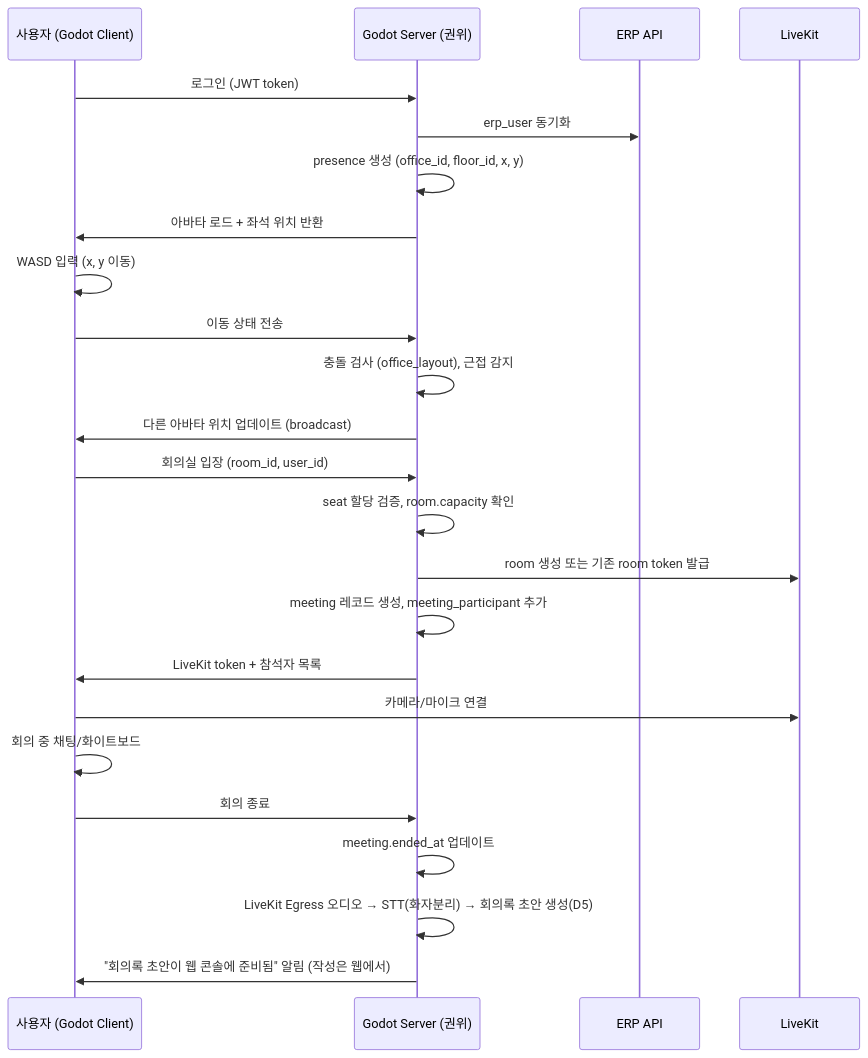
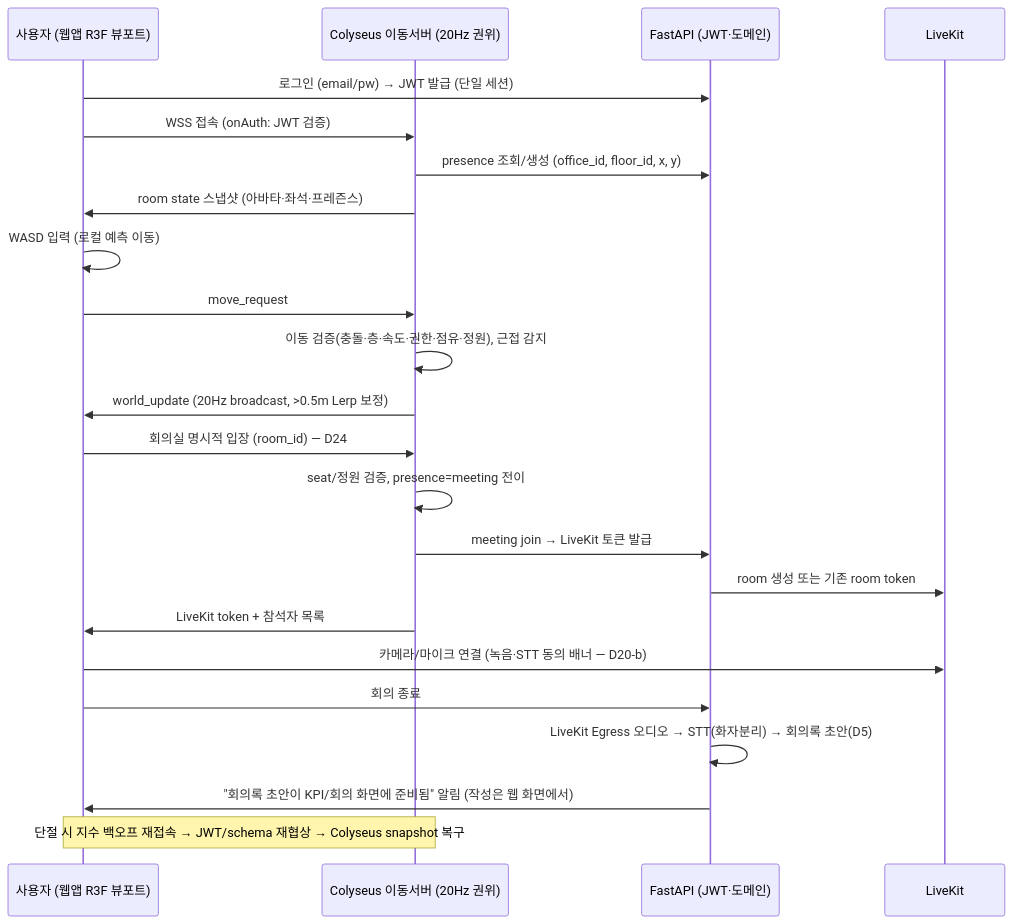
The first of 7 diagrams in docs/planning/06-screens.md (choiwjun/virtualoffice_new), drawn with Mermaid before and after one commit. The commit also changed other lines of this file and 739 other files, not shown here.

````diff
--- a/docs/planning/06-screens.md
+++ b/docs/planning/06-screens.md
@@ -107,30 +113,30 @@
 ```mermaid
 sequenceDiagram
-    participant User as 사용자 (Godot Client)
-    participant Server as Godot Server (권위)
-    participant ERP as ERP API
+    participant User as 사용자 (웹앱 R3F 뷰포트)
+    participant RT as Colyseus 이동서버 (20Hz 권위)
+    participant API as FastAPI (JWT·도메인)
     participant LiveKit as LiveKit
 
-    User->>Server: 로그인 (JWT token)
-    Server->>ERP: erp_user 동기화
-    Server->>Server: presence 생성 (office_id, floor_id, x, y)
-    Server->>User: 아바타 로드 + 좌석 위치 반환
+    User->>API: 로그인 (email/pw) → JWT 발급 (단일 세션)
+    User->>RT: WSS 접속 (onAuth: JWT 검증)
+    RT->>API: presence 조회/생성 (office_id, floor_id, x, y)
+    RT->>User: room state 스냅샷 (아바타·좌석·프레즌스)
 
-    User->>User: WASD 입력 (x, y 이동)
-    User->>Server: 이동 상태 전송
-    Server->>Server: 충돌 검사 (office_layout), 근접 감지
-    Server->>User: 다른 아바타 위치 업데이트 (broadcast)
+    User->>User: WASD 입력 (로컬 예측 이동)
+    User->>RT: move_request
+    RT->>RT: 이동 검증(충돌·층·속도·권한·점유·정원), 근접 감지
+    RT->>User: world_update (20Hz broadcast, >0.5m Lerp 보정)
 
-    User->>Server: 회의실 입장 (room_id, user_id)
-    Server->>Server: seat 할당 검증, room.capacity 확인
-    Server->>LiveKit: room 생성 또는 기존 room token 발급
-    Server->>Server: meeting 레코드 생성, meeting_participant 추가
-    Server->>User: LiveKit token + 참석자 목록
-    User->>LiveKit: 카메라/마이크 연결
+    User->>RT: 회의실 명시적 입장 (room_id) — D24
+    RT->>RT: seat/정원 검증, presence=meeting 전이
+    RT->>API: meeting join → LiveKit 토큰 발급
+    API->>LiveKit: room 생성 또는 기존 room token
+    RT->>User: LiveKit token + 참석자 목록
+    User->>LiveKit: 카메라/마이크 연결 (녹음·STT 동의 배너 — D20-b)
 
-    User->>User: 회의 중 채팅/화이트보드
-    User->>Server: 회의 종료
-    Server->>Server: meeting.ended_at 업데이트
-    Server->>Server: LiveKit Egress 오디오 → STT(화자분리) → 회의록 초안 생성(D5)
-    Server->>User: "회의록 초안이 웹 콘솔에 준비됨" 알림 (작성은 웹에서)
+    User->>API: 회의 종료
+    API->>API: LiveKit Egress 오디오 → STT(화자분리) → 회의록 초안(D5)
+    API->>User: "회의록 초안이 KPI/회의 화면에 준비됨" 알림 (작성은 웹 화면에서)
+
+    Note over User,RT: 단절 시 지수 백오프 재접속 → JWT/schema 재협상 → Colyseus snapshot 복구
 ```
````
